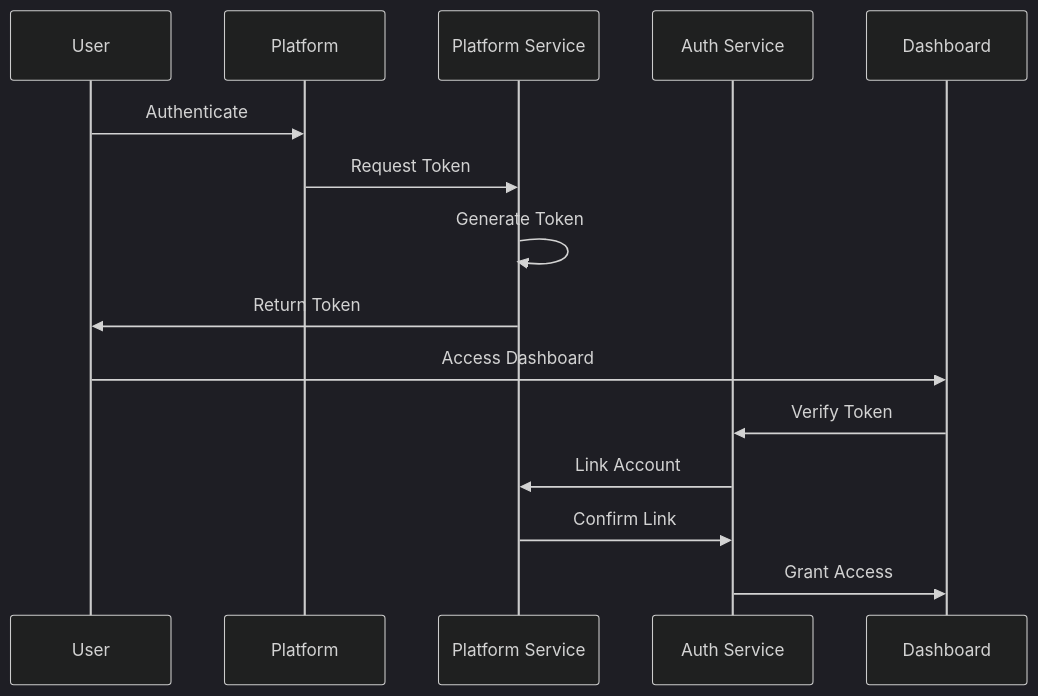
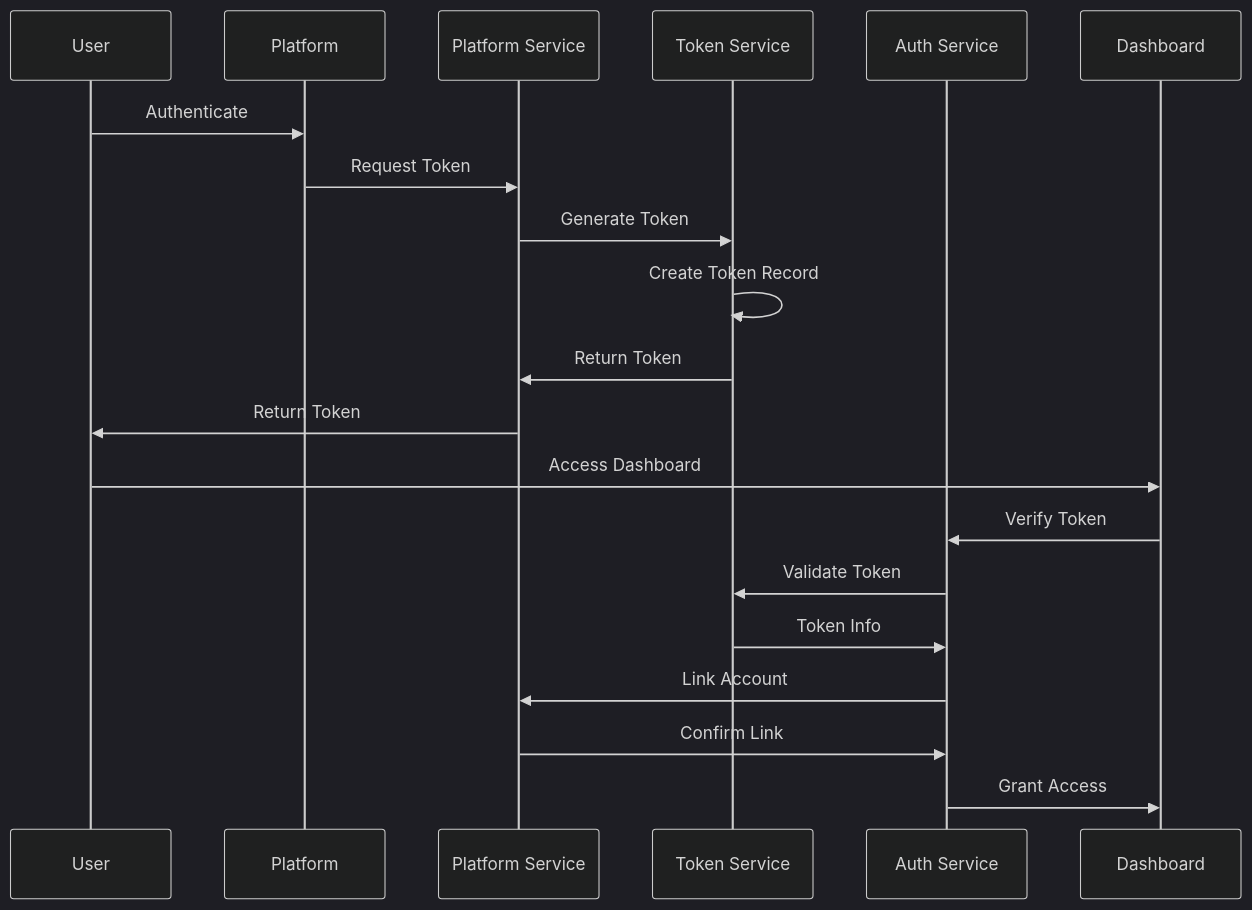
One commit to Infoundr/infoundr-site changed the third of 5 diagrams in docs/backend-architecture.md. Above: the diagram before and after it, drawn with Mermaid (dark theme). The commit also changed other lines of this file and 3 other files, not shown here.

````diff
--- a/docs/backend-architecture.md
+++ b/docs/backend-architecture.md
@@ -52,18 +52,23 @@
 ```mermaid
 sequenceDiagram
     participant U as User
     participant P as Platform
     participant S as Platform Service
+    participant T as Token Service
     participant A as Auth Service
     participant D as Dashboard
     
     U->>P: Authenticate
     P->>S: Request Token
-    S->>S: Generate Token
+    S->>T: Generate Token
+    T->>T: Create Token Record
+    T->>S: Return Token
     S->>U: Return Token
     U->>D: Access Dashboard
     D->>A: Verify Token
+    A->>T: Validate Token
+    T->>A: Token Info
     A->>S: Link Account
     S->>A: Confirm Link
     A->>D: Grant Access
 ```
````
